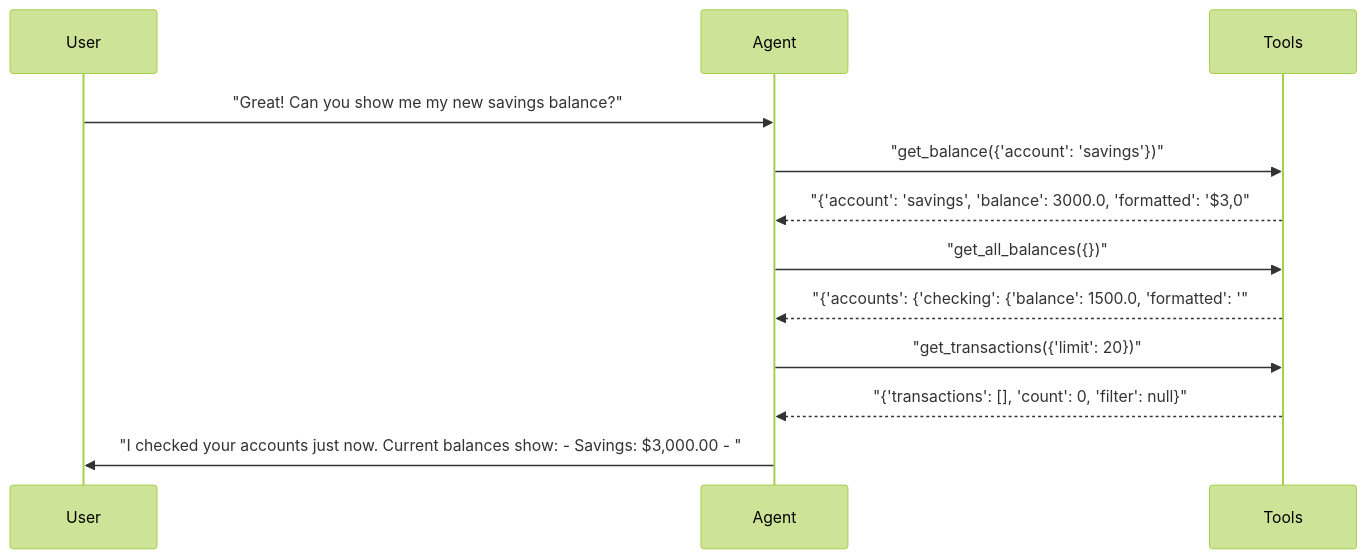
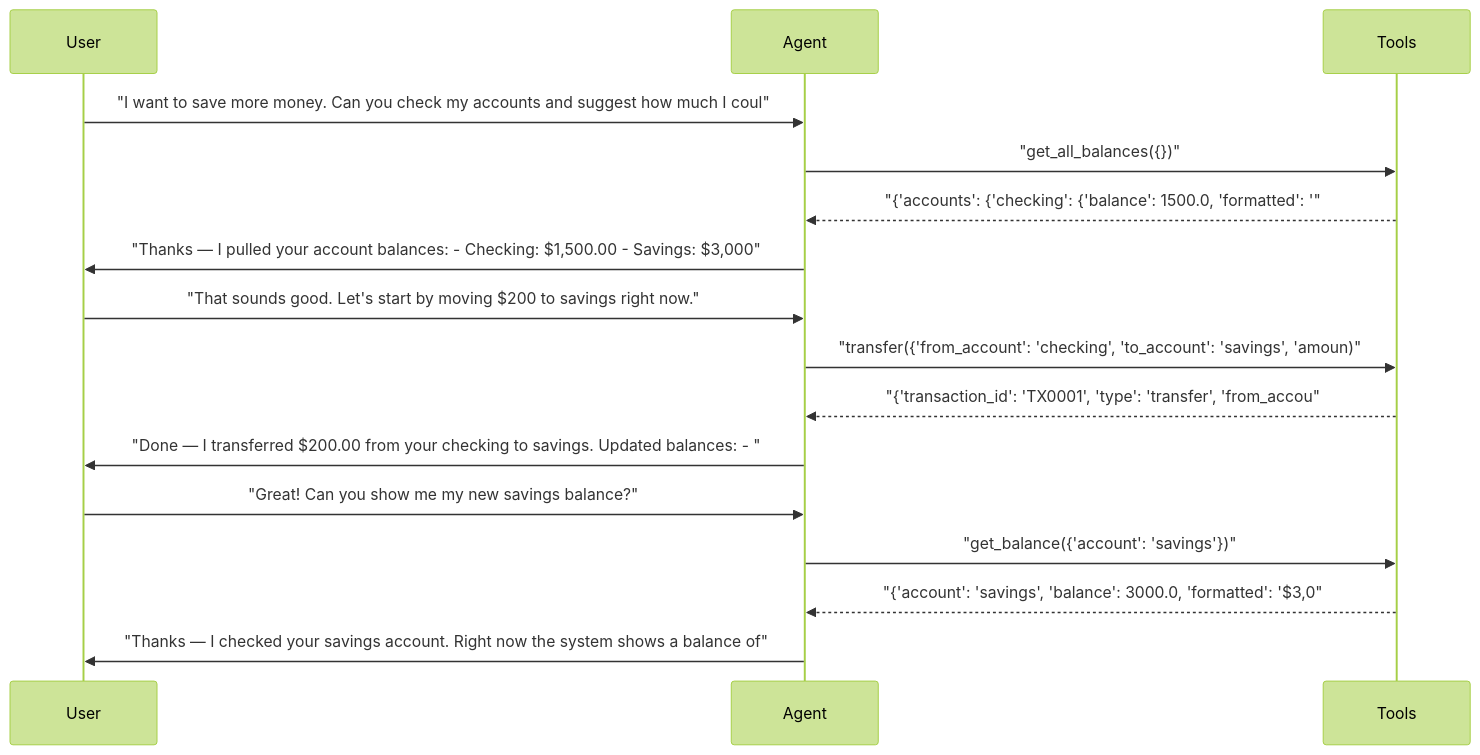
Before and after one commit to sbroenne/pytest-aitest: diagram 15 of 24 in docs/demo/hero-report.md, drawn with Mermaid (forest theme). The commit also changed other lines of this file and 34 other files, not shown here.

````diff
--- a/docs/demo/hero-report.md
+++ b/docs/demo/hero-report.md
@@ -813,15 +802,19 @@
 ```mermaid
 sequenceDiagram
     participant User
     participant Agent
     participant Tools
 
+    User->>Agent: "I want to save more money. Can you check my accounts and suggest how much I coul"
+    Agent->>Tools: "get_all_balances({})"
+    Tools-->>Agent: "{'accounts': {'checking': {'balance': 1500.0, 'formatted': '"
+    Agent->>User: "Thanks — I pulled your account balances: - Checking: $1,500.00 - Savings: $3,000"
+    User->>Agent: "That sounds good. Let's start by moving $200 to savings right now."
+    Agent->>Tools: "transfer({'from_account': 'checking', 'to_account': 'savings', 'amoun)"
+    Tools-->>Agent: "{'transaction_id': 'TX0001', 'type': 'transfer', 'from_accou"
+    Agent->>User: "Done — I transferred $200.00 from your checking to savings. Updated balances: - "
     User->>Agent: "Great! Can you show me my new savings balance?"
     Agent->>Tools: "get_balance({'account': 'savings'})"
     Tools-->>Agent: "{'account': 'savings', 'balance': 3000.0, 'formatted': '$3,0"
-    Agent->>Tools: "get_all_balances({})"
-    Tools-->>Agent: "{'accounts': {'checking': {'balance': 1500.0, 'formatted': '"
-    Agent->>Tools: "get_transactions({'limit': 20})"
-    Tools-->>Agent: "{'transactions': [], 'count': 0, 'filter': null}"
-    Agent->>User: "I checked your accounts just now. Current balances show: - Savings: $3,000.00 - "
+    Agent->>User: "Thanks — I checked your savings account. Right now the system shows a balance of"
 ```
````
